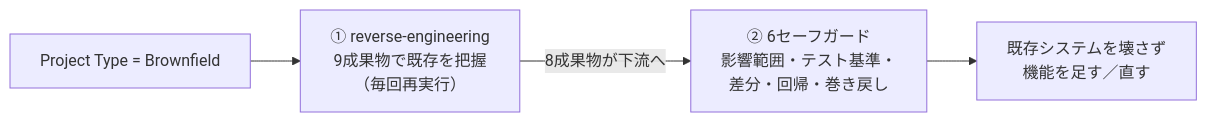
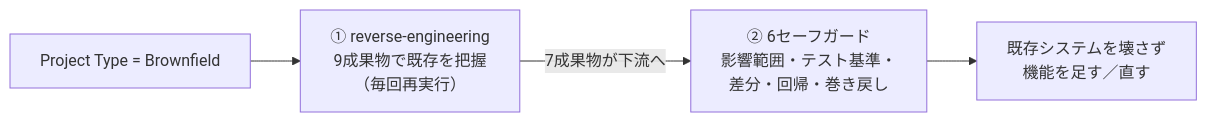
The second of 2 diagrams in public/aidlc-v2-09-brownfield.md (takeshishimada/qiita-docs), drawn with Mermaid before and after one commit. The commit also changed other lines of this file and 23 other files, not shown here.

````diff
--- a/public/aidlc-v2-09-brownfield.md
+++ b/public/aidlc-v2-09-brownfield.md
@@ -130,6 +130,6 @@
 ```mermaid
 flowchart LR
     Type[Project Type = Brownfield] --> RE["① reverse-engineering<br/>9成果物で既存を把握<br/>（毎回再実行）"]
-    RE -->|8成果物が下流へ| SG["② 6セーフガード<br/>影響範囲・テスト基準・<br/>差分・回帰・巻き戻し"]
+    RE -->|7成果物が下流へ| SG["② 6セーフガード<br/>影響範囲・テスト基準・<br/>差分・回帰・巻き戻し"]
     SG --> OK[既存システムを壊さず<br/>機能を足す／直す]
 ```
````
